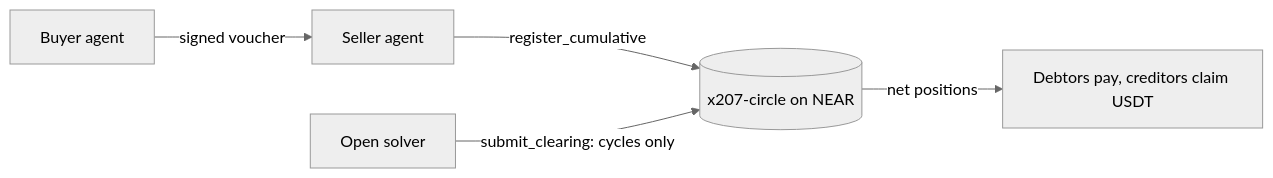
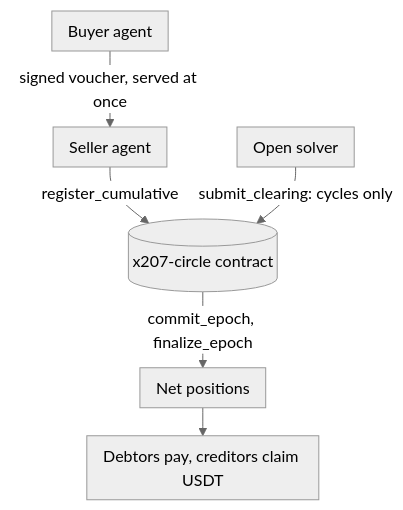
The diagram in docs/org-profile-README.md (x207-labs/x207), drawn with Mermaid (neutral theme) before and after one commit. The commit also changed 1 other file, not shown here.

Commit message:
UM-117: README and org profile flowchart top-down without back edge (readable on GitHub)

````diff
--- a/docs/org-profile-README.md
+++ b/docs/org-profile-README.md
@@ -9,7 +9,9 @@
 ```mermaid
-flowchart LR
-  A[Buyer agent] -- "signed voucher" --> B[Seller agent]
-  B -- "register_cumulative" --> C[(x207-circle on NEAR)]
-  S[Open solver] -- "submit_clearing: cycles only" --> C
-  C -- "net positions" --> N[Debtors pay, creditors claim USDT]
+%%{init: {"flowchart": {"nodeSpacing": 24, "rankSpacing": 28, "padding": 8}}}%%
+flowchart TB
+  A["Buyer agent"] -->|"signed voucher, served at once"| B["Seller agent"]
+  B -->|"register_cumulative"| C[("x207-circle contract")]
+  S["Open solver"] -->|"submit_clearing: cycles only"| C
+  C -->|"commit_epoch, finalize_epoch"| N["Net positions"]
+  N --> E["Debtors pay, creditors claim USDT"]
 ```
````
